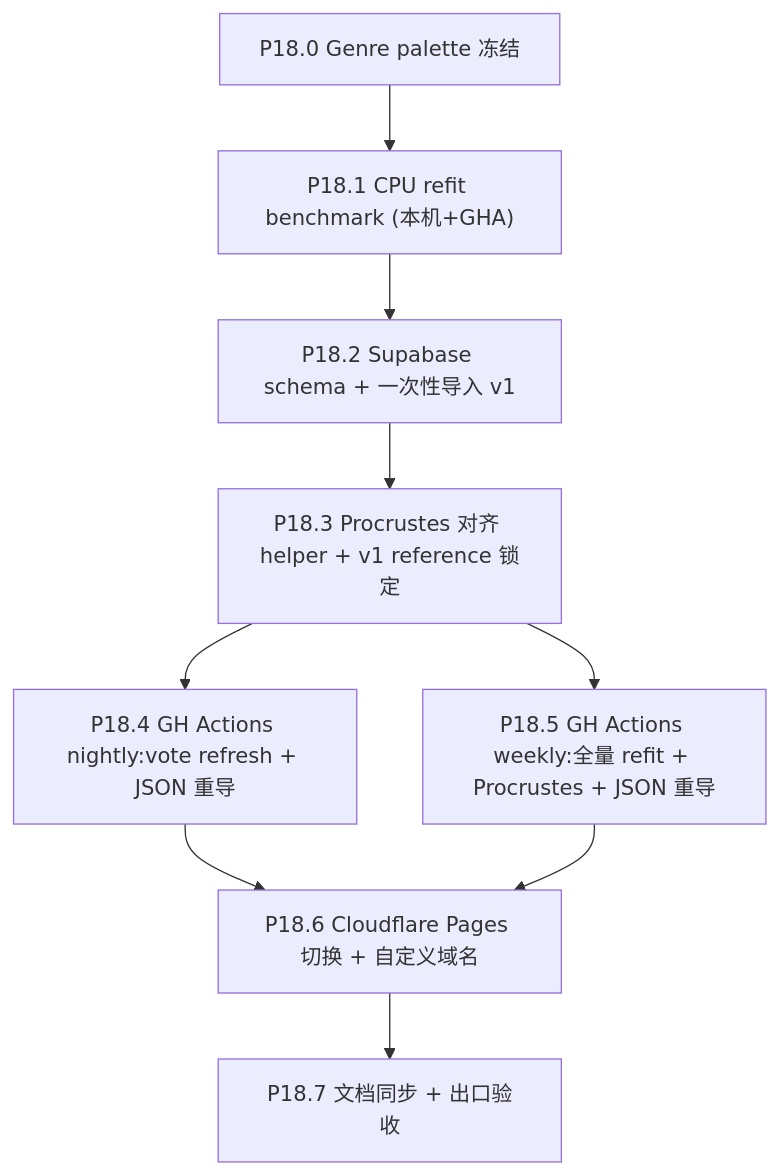
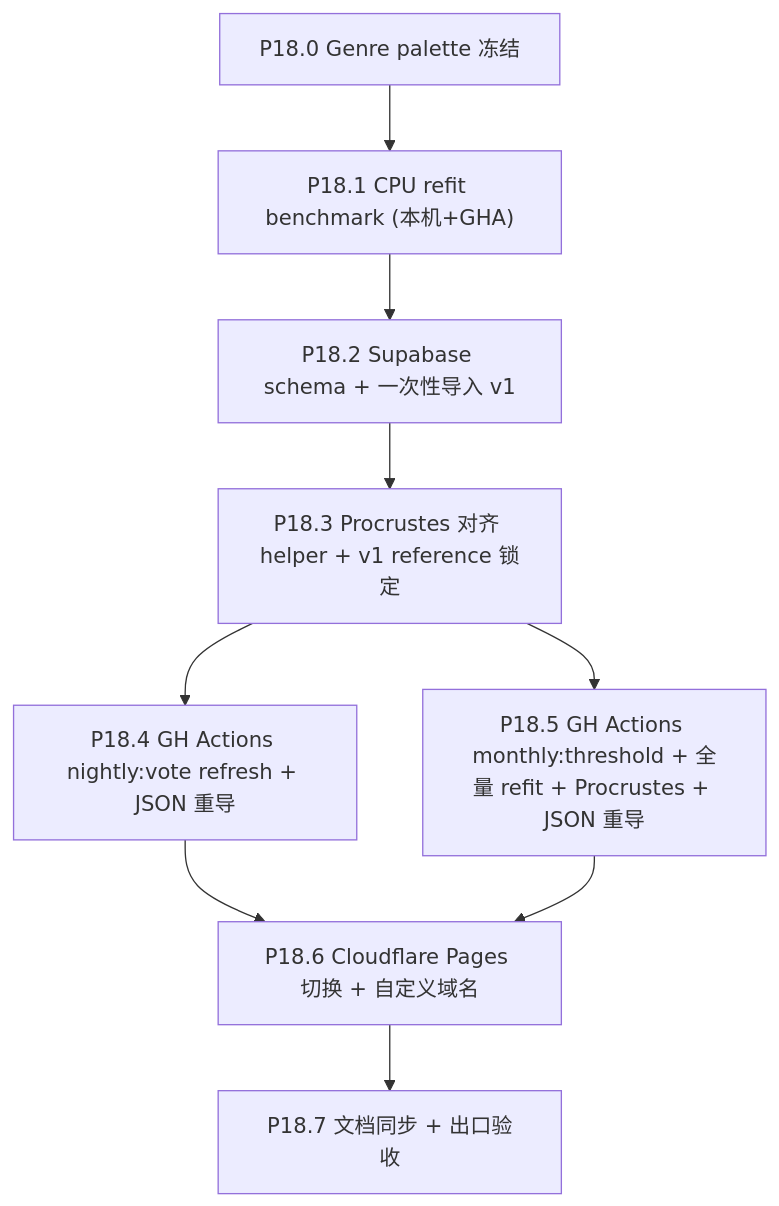
One commit to XYBuilds/chronicle_v3_3d_galaxy changed the second of 2 diagrams in .cursor/plans/phase_18_data_infrastructure_9ccb7a3f.plan.md. Above: the diagram before and after it, drawn with Mermaid. The commit also changed other lines of this file, not shown here.

````diff
--- a/.cursor/plans/phase_18_data_infrastructure_9ccb7a3f.plan.md
+++ b/.cursor/plans/phase_18_data_infrastructure_9ccb7a3f.plan.md
@@ -91,20 +104,20 @@
 ```mermaid
 flowchart TD
     P180[P18.0 Genre palette 冻结]
     P181["P18.1 CPU refit benchmark (本机+GHA)"]
     P182[P18.2 Supabase schema + 一次性导入 v1]
     P183[P18.3 Procrustes 对齐 helper + v1 reference 锁定]
     P184[P18.4 GH Actions nightly:vote refresh + JSON 重导]
-    P185[P18.5 GH Actions weekly:全量 refit + Procrustes + JSON 重导]
+    P185[P18.5 GH Actions monthly:threshold + 全量 refit + Procrustes + JSON 重导]
     P186[P18.6 Cloudflare Pages 切换 + 自定义域名]
     P187[P18.7 文档同步 + 出口验收]
 
     P180 --> P181
     P181 --> P182
     P182 --> P183
     P183 --> P184
     P183 --> P185
     P184 --> P186
     P185 --> P186
     P186 --> P187
 ```
````
